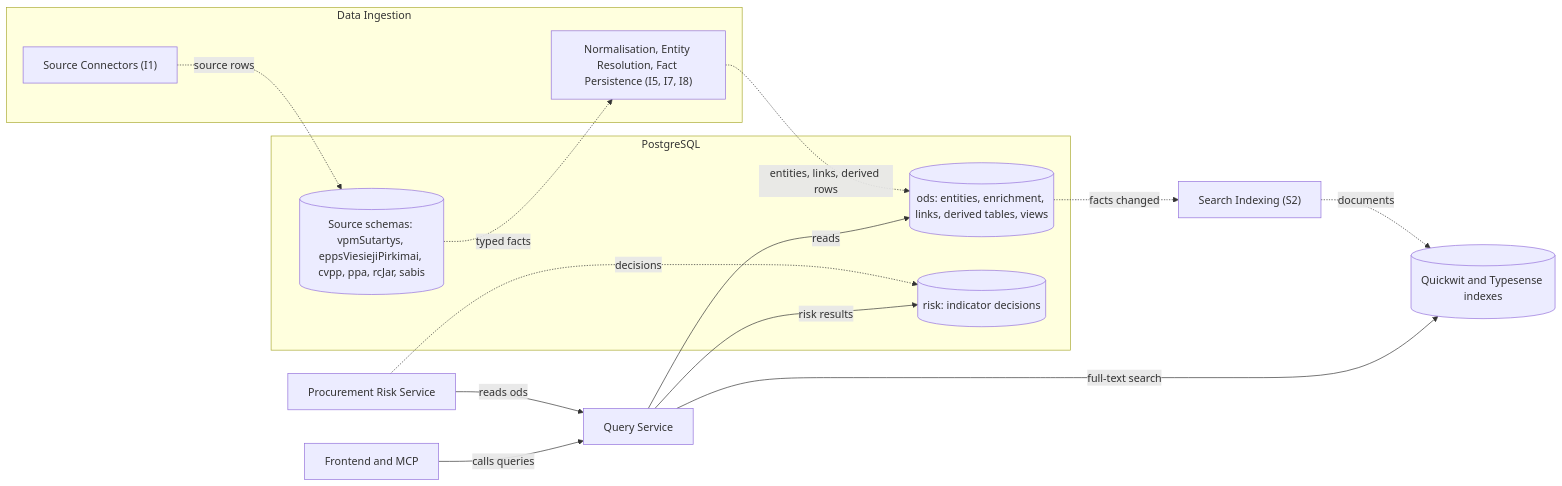
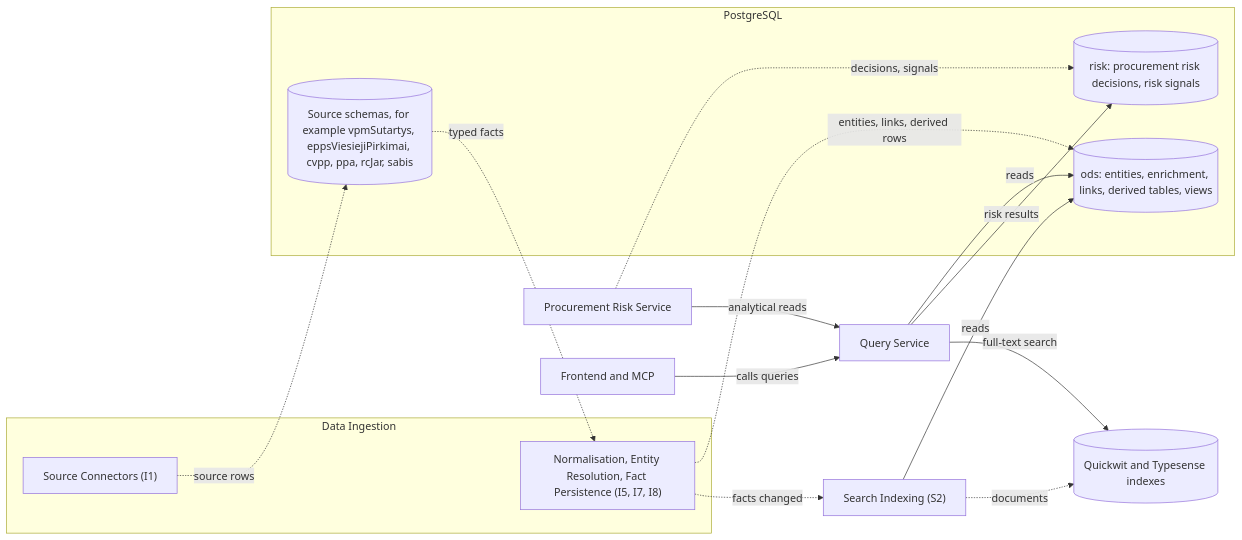
One commit to Viespirkiu-grupe/viespirkiai changed the tenth of 10 diagrams in docs/architecture/architecture-upgrade.md. Above: the diagram before and after it, drawn with Mermaid. The commit also changed other lines of this file, not shown here.

````diff
--- a/docs/architecture/architecture-upgrade.md
+++ b/docs/architecture/architecture-upgrade.md
@@ -1257,28 +1325,29 @@
 ```mermaid
 flowchart LR
     subgraph ingestion["Data Ingestion"]
         Connectors["Source Connectors (I1)"]
         Integration["Normalisation, Entity Resolution, Fact Persistence (I5, I7, I8)"]
     end
     subgraph pg["PostgreSQL"]
-        Source[("Source schemas: vpmSutartys, eppsViesiejiPirkimai, cvpp, ppa, rcJar, sabis")]
+        Source[("Source schemas, for example vpmSutartys, eppsViesiejiPirkimai, cvpp, ppa, rcJar, sabis")]
         Ods[("ods: entities, enrichment, links, derived tables, views")]
-        Risk[("risk: indicator decisions")]
+        Risk[("risk: procurement risk decisions, risk signals")]
     end
     Indexer["Search Indexing (S2)"]
     Search[("Quickwit and Typesense indexes")]
     RiskService["Procurement Risk Service"]
     QueryService["Query Service"]
     Consumers["Frontend and MCP"]
     Connectors -.->|source rows| Source
     Source -.->|typed facts| Integration
     Integration -.->|entities, links, derived rows| Ods
-    Ods -.->|facts changed| Indexer
+    Integration -.->|facts changed| Indexer
+    Indexer -->|reads| Ods
     Indexer -.->|documents| Search
-    RiskService -.->|decisions| Risk
-    RiskService -->|reads ods| QueryService
+    RiskService -.->|decisions, signals| Risk
+    RiskService -->|analytical reads| QueryService
     Consumers -->|calls queries| QueryService
     QueryService -->|reads| Ods
     QueryService -->|full-text search| Search
     QueryService -->|risk results| Risk
 ```
````
